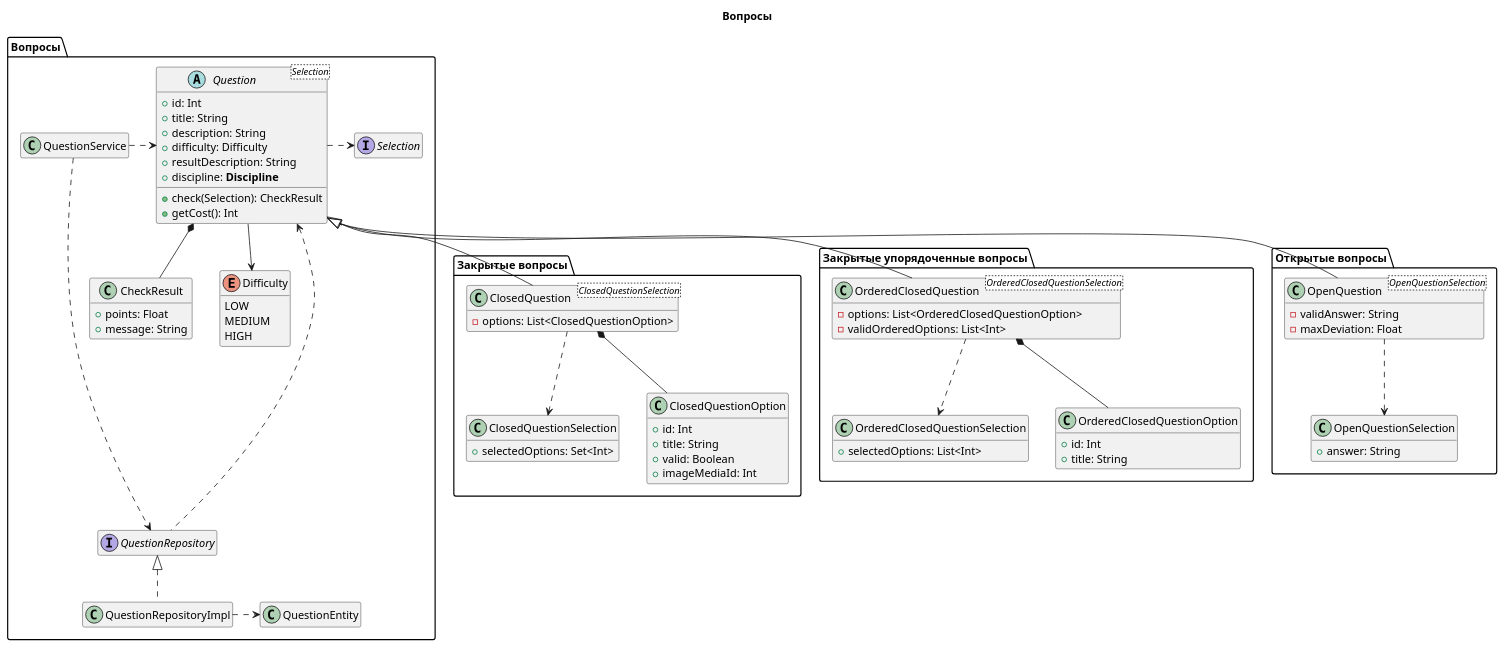
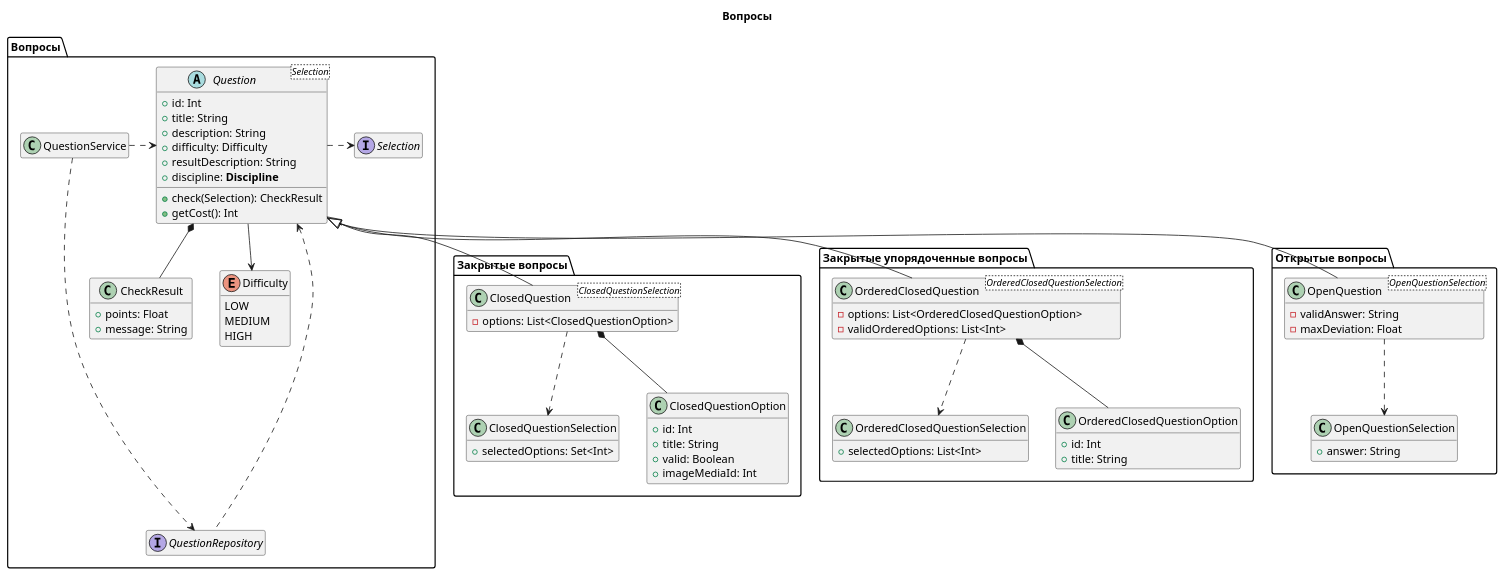
Before and after one commit to hyposun/deppplom: the diagram in src/main/docs/classes_question.puml, drawn with PlantUML. The commit also changed 7 other files, not shown here.

```diff
--- a/src/main/docs/classes_question.puml
+++ b/src/main/docs/classes_question.puml
@@ -1,113 +1,113 @@
 @startuml
 
 hide empty members
 allowmixing
 
 title "Вопросы"
 
 package "Вопросы" as questions {
 
     class QuestionService
 
     class CheckResult {
         + points: Float
         + message: String
     }
 
     abstract class Question<Selection> {
         + id: Int
         + title: String
         + description: String
         + difficulty: Difficulty
         + resultDescription: String
         + discipline: <b>Discipline</b>
         + check(Selection): CheckResult
         + getCost(): Int
     }
 
     interface Selection
     Question .> Selection
     Question --> Difficulty
     Question *-d- CheckResult
 
     enum Difficulty {
         LOW
         MEDIUM
         HIGH
     }
 
     QuestionService .> Question
 
     interface QuestionRepository
     QuestionService ....> QuestionRepository
 
     Question <.. QuestionRepository
 
-    class QuestionRepositoryImpl implements QuestionRepository
-    class QuestionEntity
+'    class QuestionRepositoryImpl implements QuestionRepository
+'    class QuestionEntity
 
-    QuestionRepositoryImpl .> QuestionEntity
+'    QuestionRepositoryImpl .> QuestionEntity
 
 }
 
 package "Закрытые вопросы" as closed_questions {
 
     class ClosedQuestion<ClosedQuestionSelection> {
         - options: List<ClosedQuestionOption>
     }
 
     class ClosedQuestionSelection {
         + selectedOptions: Set<Int>
     }
 
     class ClosedQuestionOption {
         + id: Int
         + title: String
         + valid: Boolean
         + imageMediaId: Int
     }
 
     ClosedQuestion *-- ClosedQuestionOption
     ClosedQuestion ..> ClosedQuestionSelection
 }
 
 package "Закрытые упорядоченные вопросы" as ordered_questions {
 
     class OrderedClosedQuestion<OrderedClosedQuestionSelection> {
         - options: List<OrderedClosedQuestionOption>
         - validOrderedOptions: List<Int>
     }
 
     class OrderedClosedQuestionSelection {
         + selectedOptions: List<Int>
     }
 
     class OrderedClosedQuestionOption {
         + id: Int
         + title: String
     }
 
     OrderedClosedQuestion ..> OrderedClosedQuestionSelection
     OrderedClosedQuestion *-- OrderedClosedQuestionOption
 }
 
 package "Открытые вопросы" as open_questions {
 
     class OpenQuestion<OpenQuestionSelection> {
         - validAnswer: String
         - maxDeviation: Float
     }
 
     class OpenQuestionSelection {
         + answer: String
     }
 
     OpenQuestion ..> OpenQuestionSelection
 }
 
 Question <|-- ClosedQuestion
 Question <|-- OrderedClosedQuestion
 Question <|-- OpenQuestion
 
 
 @enduml
```
